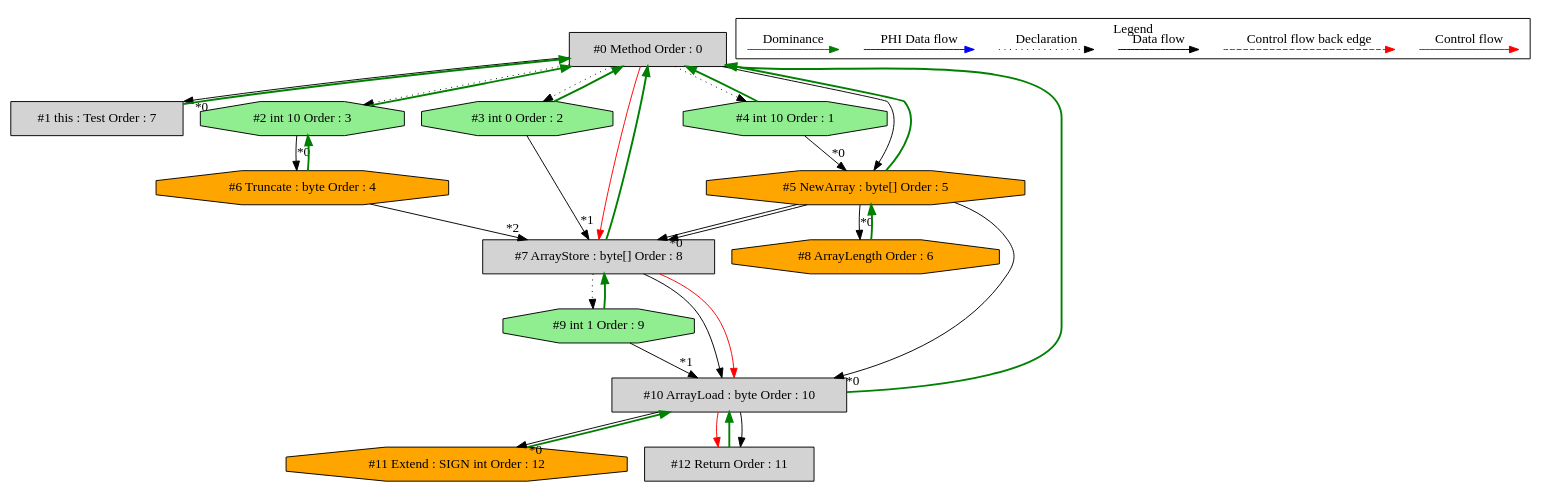
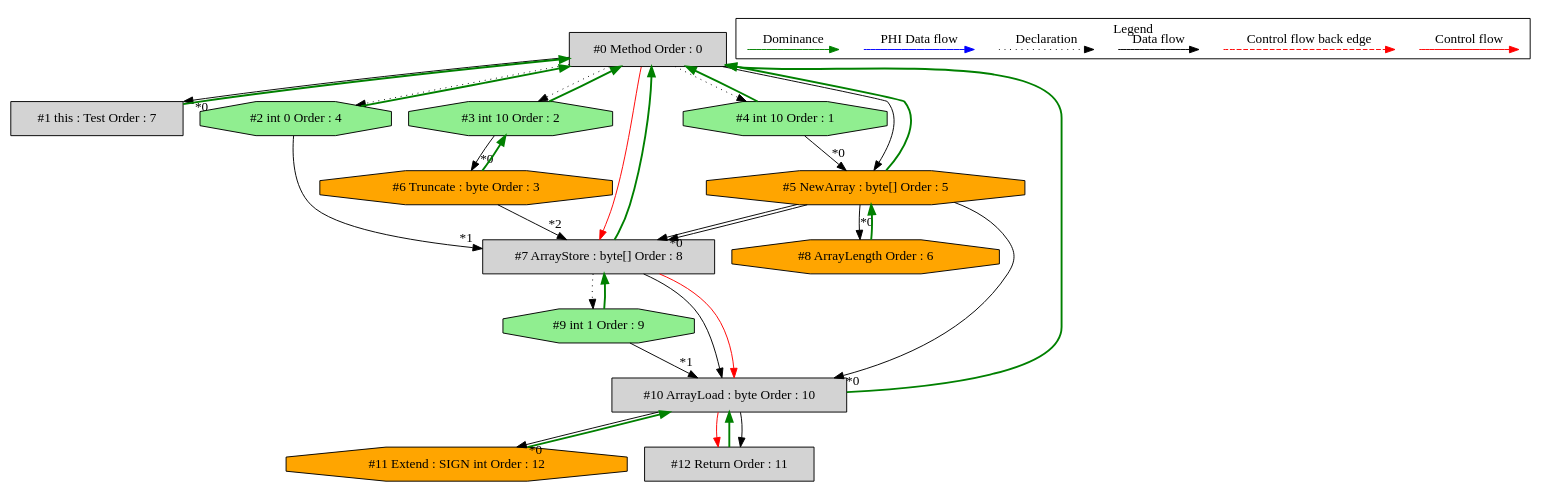
One commit to mirkosertic/MetaIR changed the diagram in de.mirkosertic.metair.ir.OpcodeNEWARRAYTest/test_NEWARRAY_byte/ir_dominatortree.dot. Above: the diagram before and after it, drawn with Graphviz. The commit also changed 866 other files, not shown here.

```diff
--- a/de.mirkosertic.metair.ir.OpcodeNEWARRAYTest/test_NEWARRAY_byte/ir_dominatortree.dot
+++ b/de.mirkosertic.metair.ir.OpcodeNEWARRAYTest/test_NEWARRAY_byte/ir_dominatortree.dot
@@ -1,75 +1,75 @@
 digraph debugoutput {
  ordering="in";
  node0[label="#0 Method Order : 0",shape=box, fillcolor=lightgrey, style=filled];
  node1[label="#1 this : Test Order : 7",shape=box, fillcolor=lightgrey, style=filled];
  node1 -> node0[dir="forward" color="green" penwidth="2"];
  node0 -> node1[headlabel="*0", labeldistance=2];
- node2[label="#2 int 10 Order : 3",shape=octagon, fillcolor=lightgreen, style=filled];
+ node2[label="#2 int 0 Order : 4",shape=octagon, fillcolor=lightgreen, style=filled];
  node2 -> node0[dir="forward" color="green" penwidth="2"];
  node0 -> node2[style=dotted];
- node3[label="#3 int 0 Order : 2",shape=octagon, fillcolor=lightgreen, style=filled];
+ node3[label="#3 int 10 Order : 2",shape=octagon, fillcolor=lightgreen, style=filled];
  node3 -> node0[dir="forward" color="green" penwidth="2"];
  node0 -> node3[style=dotted];
  node4[label="#4 int 10 Order : 1",shape=octagon, fillcolor=lightgreen, style=filled];
  node4 -> node0[dir="forward" color="green" penwidth="2"];
  node0 -> node4[style=dotted];
  node5[label="#5 NewArray : byte[] Order : 5",shape=octagon, fillcolor=orange, style=filled];
  node5 -> node0[dir="forward" color="green" penwidth="2"];
  node4 -> node5[headlabel="*0", labeldistance=2];
  node0 -> node5;
- node6[label="#6 Truncate : byte Order : 4",shape=octagon, fillcolor=orange, style=filled];
- node6 -> node2[dir="forward" color="green" penwidth="2"];
- node2 -> node6[headlabel="*0", labeldistance=2];
+ node6[label="#6 Truncate : byte Order : 3",shape=octagon, fillcolor=orange, style=filled];
+ node6 -> node3[dir="forward" color="green" penwidth="2"];
+ node3 -> node6[headlabel="*0", labeldistance=2];
  node7[label="#7 ArrayStore : byte[] Order : 8",shape=box, fillcolor=lightgrey, style=filled];
  node7 -> node0[dir="forward" color="green" penwidth="2"];
  node5 -> node7[headlabel="*0", labeldistance=2];
- node3 -> node7[headlabel="*1", labeldistance=2];
+ node2 -> node7[headlabel="*1", labeldistance=2];
  node6 -> node7[headlabel="*2", labeldistance=2];
  node5 -> node7;
  node0 -> node7[labeldistance=2, color=red, fontcolor=red];
  node8[label="#8 ArrayLength Order : 6",shape=octagon, fillcolor=orange, style=filled];
  node8 -> node5[dir="forward" color="green" penwidth="2"];
  node5 -> node8[headlabel="*0", labeldistance=2];
  node9[label="#9 int 1 Order : 9",shape=octagon, fillcolor=lightgreen, style=filled];
  node9 -> node7[dir="forward" color="green" penwidth="2"];
  node7 -> node9[style=dotted];
  node10[label="#10 ArrayLoad : byte Order : 10",shape=box, fillcolor=lightgrey, style=filled];
  node10 -> node0[dir="forward" color="green" penwidth="2"];
  node5 -> node10[headlabel="*0", labeldistance=2];
  node9 -> node10[headlabel="*1", labeldistance=2];
  node7 -> node10;
  node7 -> node10[labeldistance=2, color=red, fontcolor=red];
  node11[label="#11 Extend : SIGN int Order : 12",shape=octagon, fillcolor=orange, style=filled];
  node11 -> node10[dir="forward" color="green" penwidth="2"];
  node10 -> node11[headlabel="*0", labeldistance=2];
  node12[label="#12 Return Order : 11",shape=box, fillcolor=lightgrey, style=filled];
  node12 -> node10[dir="forward" color="green" penwidth="2"];
  node10 -> node12[labeldistance=2, color=red, fontcolor=red];
  node10 -> node12;
  subgraph cluster_000 {
   label = "Legend";
   node [shape=point]
   {
    rank=same;
    c0 [style = invis];
    c1 [style = invis];
    c2 [style = invis];
    c3 [style = invis];
    d0 [style = invis];
    d1 [style = invis];
    d2 [style = invis];
    d3 [style = invis];
    d4 [style = invis];
    d5 [style = invis];
    d6 [style = invis];
    d7 [style = invis];
   }
   c0 -> c1 [label="Control flow", style=solid, color=red]
   c2 -> c3 [label="Control flow back edge", style=dashed, color=red]
   d0 -> d1 [label="Data flow"]
   d2 -> d3 [label="Declaration", style=dotted]
   d4 -> d5 [label="PHI Data flow", color=blue]
   d6 -> d7 [label="Dominance", color=green]
  }
 
 }
```
